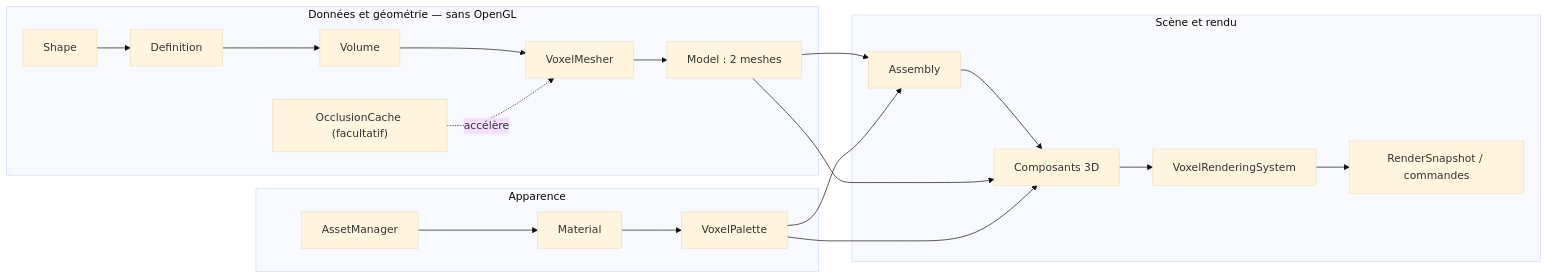
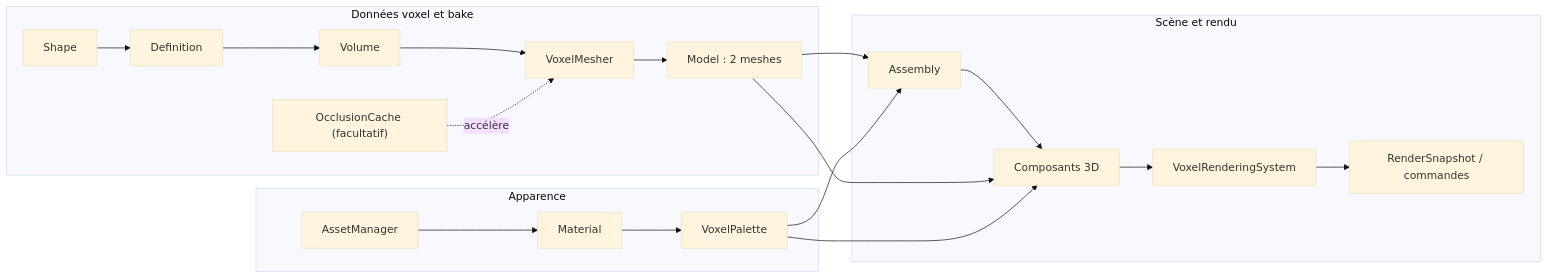
Before and after one commit to EreliaStudio/Sparkle: the first of 7 diagrams in docs/voxel-engine-v0.1.4-specification.md, drawn with Mermaid (base theme). The commit also changed other lines of this file, not shown here.

Commit message:
docs: clarify graphics boundary and compatibility in voxel architecture

````diff
--- a/docs/voxel-engine-v0.1.4-specification.md
+++ b/docs/voxel-engine-v0.1.4-specification.md
@@ -11,30 +11,30 @@
 ```mermaid
 flowchart LR
-  subgraph G["Données et géométrie — sans OpenGL"]
+  subgraph G["Données voxel et bake"]
     S["Shape"]
     D["Definition"]
     V["Volume"]
     M["VoxelMesher"]
     O["OcclusionCache (facultatif)"]
     Model["Model : 2 meshes"]
     S --> D --> V --> M --> Model
     O -. "accélère" .-> M
   end
   subgraph A["Apparence"]
     AM["AssetManager"]
     Mat["Material"]
     Palette["VoxelPalette"]
     AM --> Mat --> Palette
   end
   subgraph R["Scène et rendu"]
     Assembly["Assembly"]
     Components["Composants 3D"]
     Sys["VoxelRenderingSystem"]
     Snapshot["RenderSnapshot / commandes"]
     Assembly --> Components --> Sys --> Snapshot
   end
   Model --> Assembly
   Model --> Components
   Palette --> Assembly
   Palette --> Components
 ```
````
